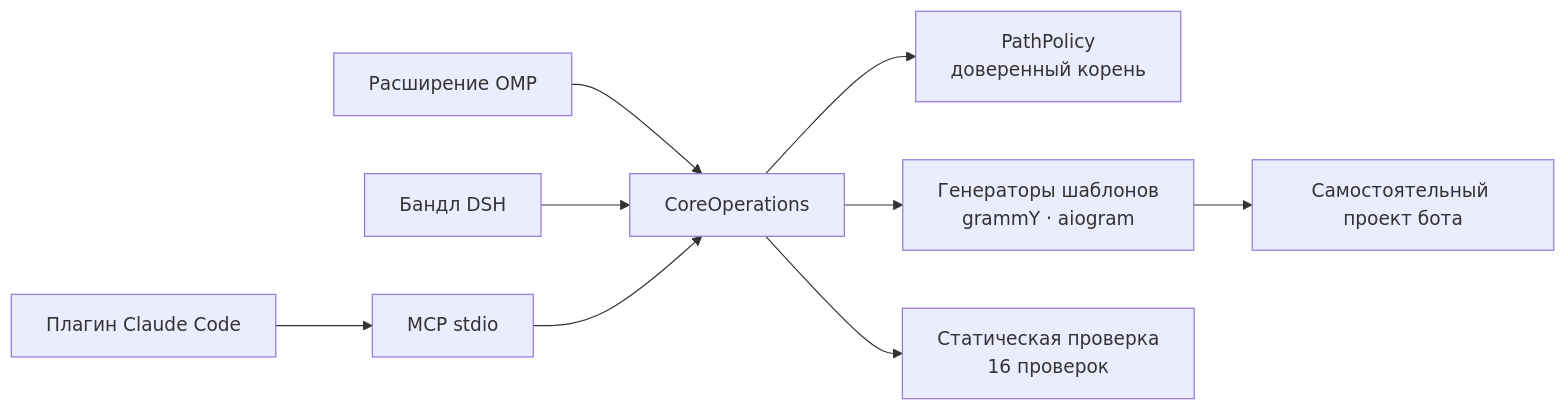
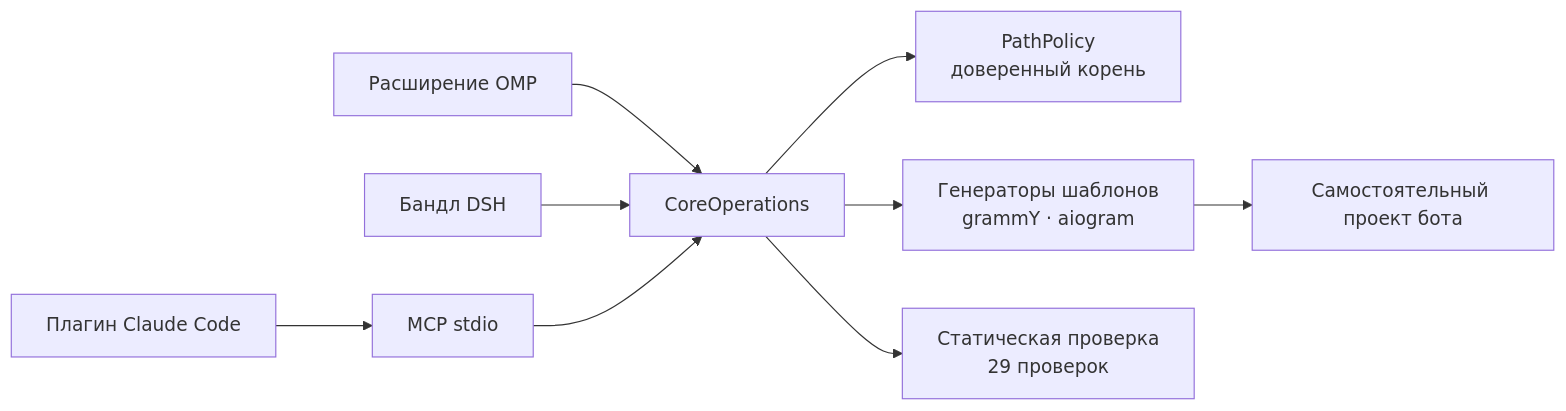
Before and after one commit to lukavtz/aurifex: the diagram in README.ru.md, drawn with Mermaid. The commit also changed other lines of this file and 255 other files, not shown here.

````diff
--- a/README.ru.md
+++ b/README.ru.md
@@ -88,11 +88,11 @@
 ```mermaid
 flowchart LR
   OMP[Расширение OMP] --> CORE[CoreOperations]
   DSH[Бандл DSH] --> CORE
   MCP[MCP stdio] --> CORE
   CC[Плагин Claude Code] --> MCP
   CORE --> POLICY[PathPolicy<br/>доверенный корень]
   CORE --> TPL[Генераторы шаблонов<br/>grammY · aiogram]
-  CORE --> CHECK[Статическая проверка<br/>16 проверок]
+  CORE --> CHECK[Статическая проверка<br/>29 проверок]
   TPL --> BOT[Самостоятельный проект бота]
 ```
````
